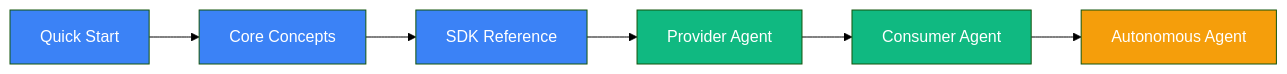
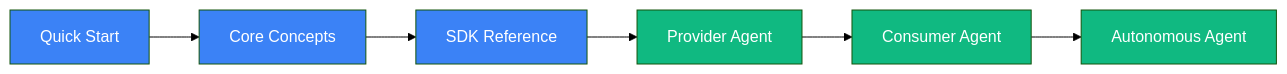
The diagram in docs/guides/index.md (agirails/docs), drawn with Mermaid (forest theme) before and after one commit. The commit also changed other lines of this file and 4 other files, not shown here.

````diff
--- a/docs/guides/index.md
+++ b/docs/guides/index.md
@@ -31,15 +31,15 @@
 ```mermaid
 graph LR
     A[Quick Start] --> B[Core Concepts]
     B --> C[SDK Reference]
     C --> D[Provider Agent]
     D --> E[Consumer Agent]
     E --> F[Autonomous Agent]
 
     style A fill:#3b82f6,color:#fff
     style B fill:#3b82f6,color:#fff
     style C fill:#3b82f6,color:#fff
     style D fill:#10b981,color:#fff
     style E fill:#10b981,color:#fff
-    style F fill:#f59e0b,color:#fff
+    style F fill:#10b981,color:#fff
 ```
````
